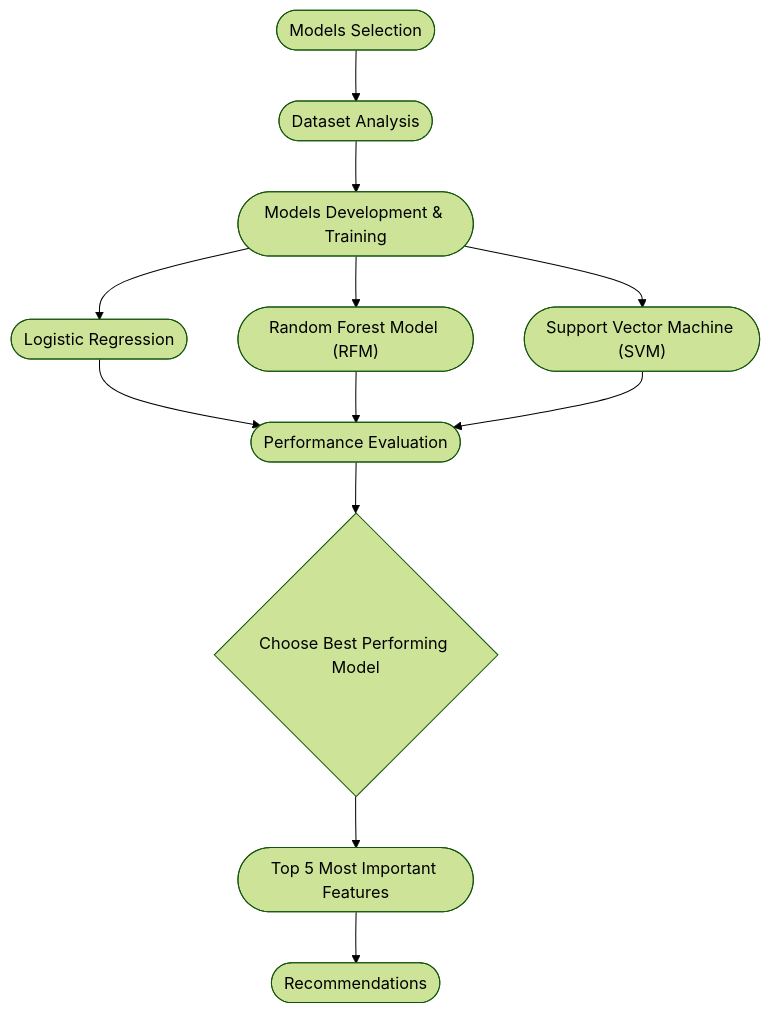
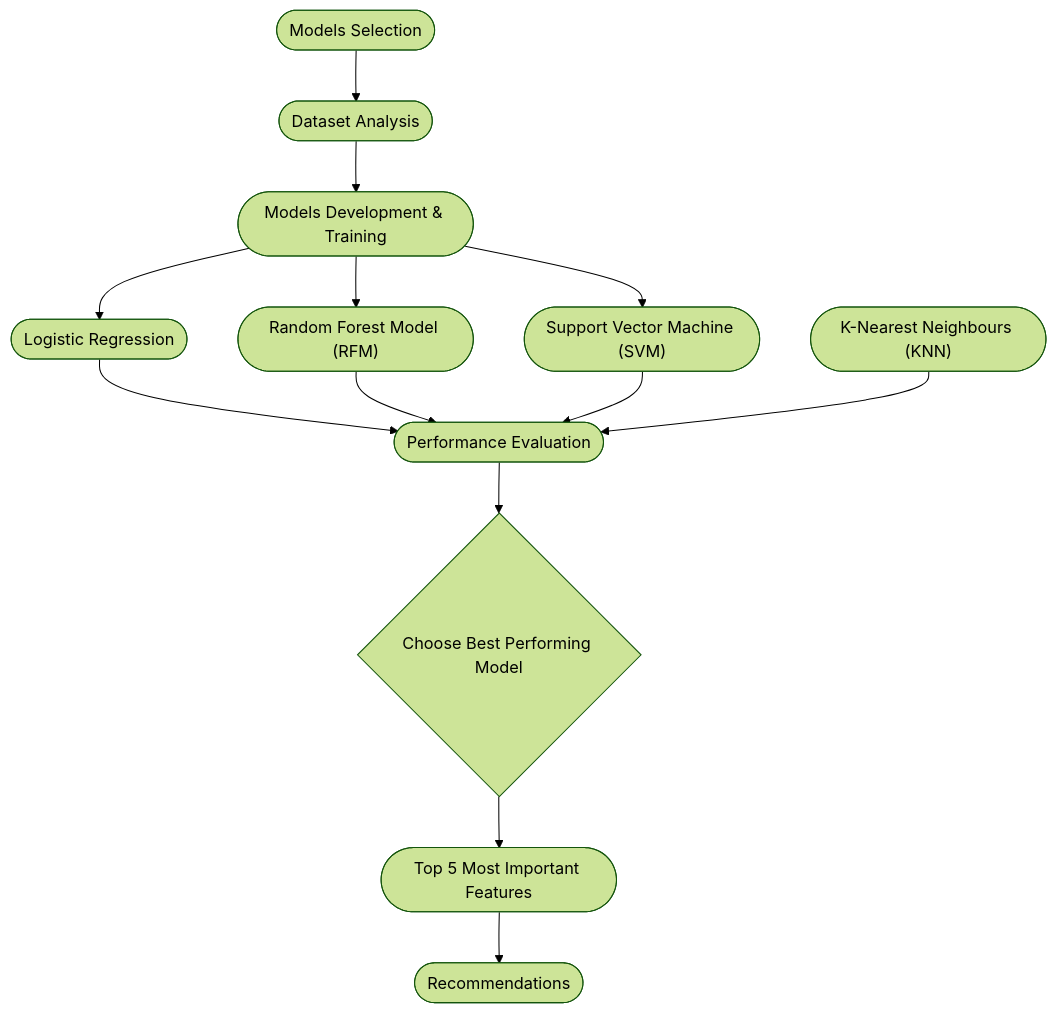
The diagram in README.md (omaralfaqih6/breast_cancer_wisconsin), drawn with Mermaid (forest theme) before and after one commit. The commit also changed other lines of this file, not shown here.

Commit message:
added KNN info

````diff
--- a/README.md
+++ b/README.md
@@ -45,21 +45,23 @@
 ```mermaid
 graph TD;
     A(["Models Selection"]);
     B(["Dataset Analysis"]);
     C(["Models Development & Training"]);
     D(["Logistic Regression"]);
     E(["Random Forest Model (RFM)"]);
     F(["Support Vector Machine (SVM)"]);
-    G(["Performance Evaluation"]);
+    G(["K-Nearest Neighbours (KNN)"]);
+    H(["Performance Evaluation"]);
     A-->B;
     B-->C;
     C-->D;
     C-->E;
     C-->F;
-    D-->G;    
-    E-->G;
-    F-->G;
-    G-->H{"Choose Best Performing Model"};
-    H-->I(["Top 5 Most Important Features"]);
-    I-->J(["Recommendations"]);
+    D-->H;    
+    E-->H;
+    F-->H;
+    G-->H;
+    H-->I{"Choose Best Performing Model"};
+    I-->J(["Top 5 Most Important Features"]);
+    J-->K(["Recommendations"]);
 ```
````
